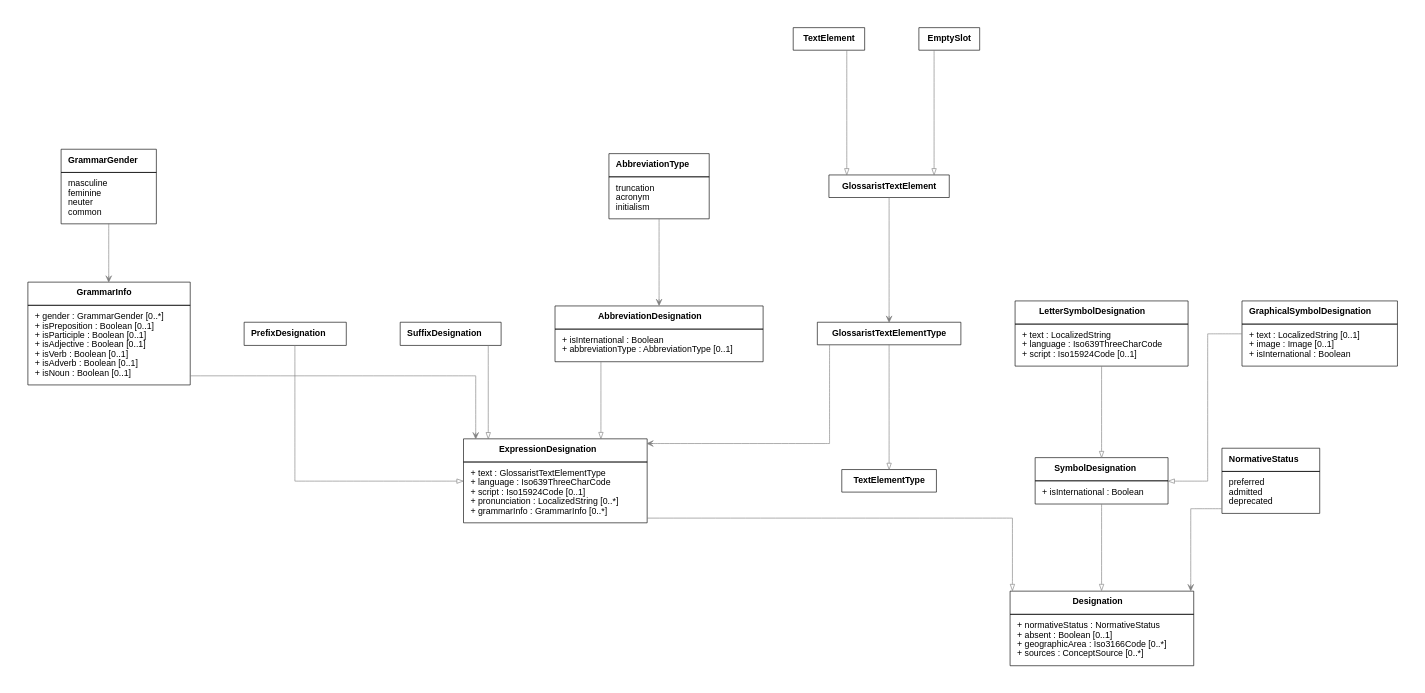
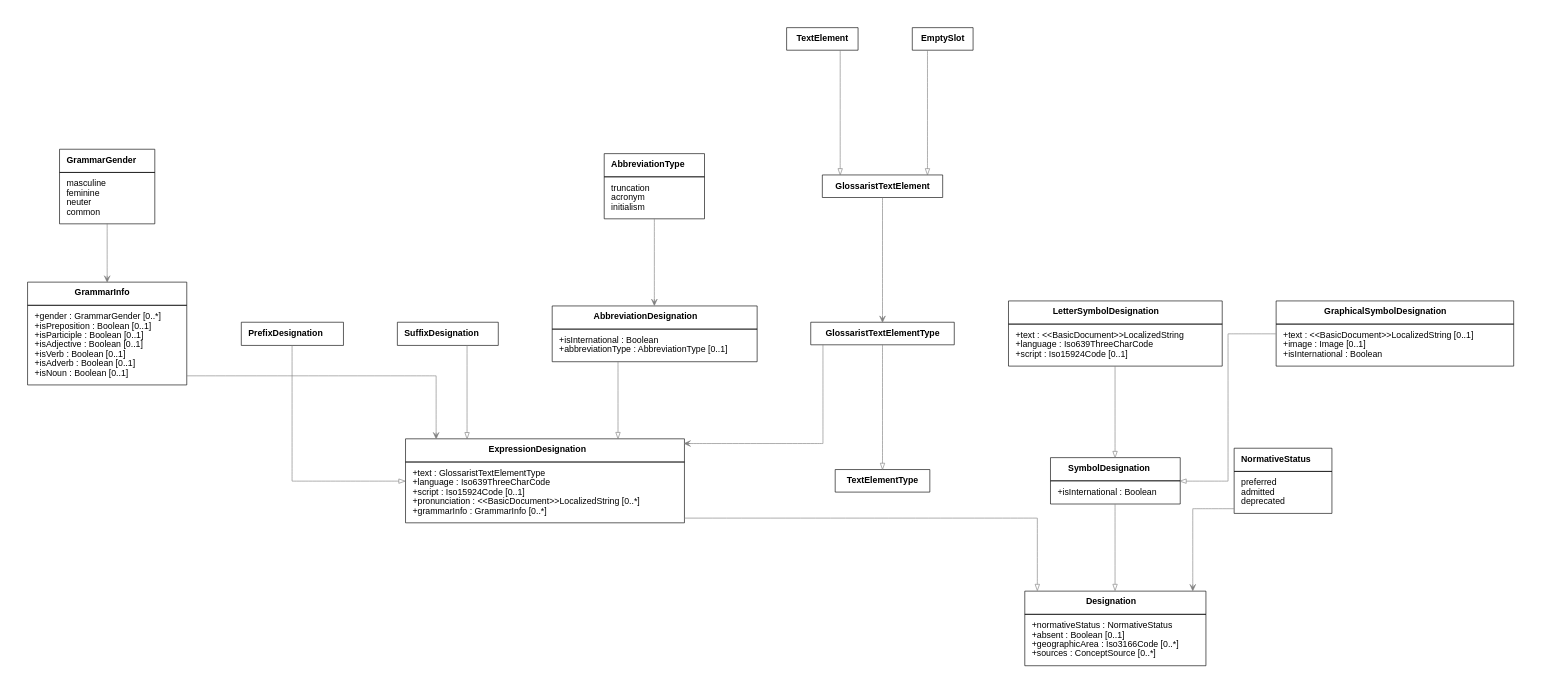
Before and after one commit to glossarist/concept-model: the diagram in lutaml/Designations.dot, drawn with Graphviz. The commit also changed 7 other files, not shown here.

```diff
--- a/lutaml/Designations.dot
+++ b/lutaml/Designations.dot
@@ -12,10 +12,10 @@
   <TR>
     <TD>
           <TABLE BORDER="0" CELLPADDING="0" CELLSPACING="0">
-            <TR><TD ALIGN="LEFT">+ normativeStatus : NormativeStatus </TD></TR>
-            <TR><TD ALIGN="LEFT">+ absent : Boolean &#91;0..1&#93;</TD></TR>
-            <TR><TD ALIGN="LEFT">+ geographicArea : Iso3166Code &#91;0..*&#93;</TD></TR>
-            <TR><TD ALIGN="LEFT">+ sources : ConceptSource &#91;0..*&#93;</TD></TR>
+            <TR><TD ALIGN="LEFT">+normativeStatus : NormativeStatus </TD></TR>
+            <TR><TD ALIGN="LEFT">+absent : Boolean &#91;0..1&#93;</TD></TR>
+            <TR><TD ALIGN="LEFT">+geographicArea : Iso3166Code &#91;0..*&#93;</TD></TR>
+            <TR><TD ALIGN="LEFT">+sources : ConceptSource &#91;0..*&#93;</TD></TR>
           </TABLE>
         </TD>
   </TR>
@@ -32,11 +32,11 @@
   <TR>
     <TD>
           <TABLE BORDER="0" CELLPADDING="0" CELLSPACING="0">
-            <TR><TD ALIGN="LEFT">+ text : GlossaristTextElementType </TD></TR>
-            <TR><TD ALIGN="LEFT">+ language : Iso639ThreeCharCode </TD></TR>
-            <TR><TD ALIGN="LEFT">+ script : Iso15924Code &#91;0..1&#93;</TD></TR>
-            <TR><TD ALIGN="LEFT">+ pronunciation : LocalizedString &#91;0..*&#93;</TD></TR>
-            <TR><TD ALIGN="LEFT">+ grammarInfo : GrammarInfo &#91;0..*&#93;</TD></TR>
+            <TR><TD ALIGN="LEFT">+text : GlossaristTextElementType </TD></TR>
+            <TR><TD ALIGN="LEFT">+language : Iso639ThreeCharCode </TD></TR>
+            <TR><TD ALIGN="LEFT">+script : Iso15924Code &#91;0..1&#93;</TD></TR>
+            <TR><TD ALIGN="LEFT">+pronunciation : &#60;&#60;BasicDocument&#62;&#62;LocalizedString &#91;0..*&#93;</TD></TR>
+            <TR><TD ALIGN="LEFT">+grammarInfo : GrammarInfo &#91;0..*&#93;</TD></TR>
           </TABLE>
         </TD>
   </TR>
@@ -53,13 +53,13 @@
   <TR>
     <TD>
           <TABLE BORDER="0" CELLPADDING="0" CELLSPACING="0">
-            <TR><TD ALIGN="LEFT">+ gender : GrammarGender &#91;0..*&#93;</TD></TR>
-            <TR><TD ALIGN="LEFT">+ isPreposition : Boolean &#91;0..1&#93;</TD></TR>
-            <TR><TD ALIGN="LEFT">+ isParticiple : Boolean &#91;0..1&#93;</TD></TR>
-            <TR><TD ALIGN="LEFT">+ isAdjective : Boolean &#91;0..1&#93;</TD></TR>
-            <TR><TD ALIGN="LEFT">+ isVerb : Boolean &#91;0..1&#93;</TD></TR>
-            <TR><TD ALIGN="LEFT">+ isAdverb : Boolean &#91;0..1&#93;</TD></TR>
-            <TR><TD ALIGN="LEFT">+ isNoun : Boolean &#91;0..1&#93;</TD></TR>
+            <TR><TD ALIGN="LEFT">+gender : GrammarGender &#91;0..*&#93;</TD></TR>
+            <TR><TD ALIGN="LEFT">+isPreposition : Boolean &#91;0..1&#93;</TD></TR>
+            <TR><TD ALIGN="LEFT">+isParticiple : Boolean &#91;0..1&#93;</TD></TR>
+            <TR><TD ALIGN="LEFT">+isAdjective : Boolean &#91;0..1&#93;</TD></TR>
+            <TR><TD ALIGN="LEFT">+isVerb : Boolean &#91;0..1&#93;</TD></TR>
+            <TR><TD ALIGN="LEFT">+isAdverb : Boolean &#91;0..1&#93;</TD></TR>
+            <TR><TD ALIGN="LEFT">+isNoun : Boolean &#91;0..1&#93;</TD></TR>
           </TABLE>
         </TD>
   </TR>
@@ -76,7 +76,7 @@
   <TR>
     <TD>
           <TABLE BORDER="0" CELLPADDING="0" CELLSPACING="0">
-            <TR><TD ALIGN="LEFT">+ isInternational : Boolean </TD></TR>
+            <TR><TD ALIGN="LEFT">+isInternational : Boolean </TD></TR>
           </TABLE>
         </TD>
   </TR>
@@ -111,8 +111,8 @@
   <TR>
     <TD>
           <TABLE BORDER="0" CELLPADDING="0" CELLSPACING="0">
-            <TR><TD ALIGN="LEFT">+ isInternational : Boolean </TD></TR>
-            <TR><TD ALIGN="LEFT">+ abbreviationType : AbbreviationType &#91;0..1&#93;</TD></TR>
+            <TR><TD ALIGN="LEFT">+isInternational : Boolean </TD></TR>
+            <TR><TD ALIGN="LEFT">+abbreviationType : AbbreviationType &#91;0..1&#93;</TD></TR>
           </TABLE>
         </TD>
   </TR>
@@ -129,9 +129,9 @@
   <TR>
     <TD>
           <TABLE BORDER="0" CELLPADDING="0" CELLSPACING="0">
-            <TR><TD ALIGN="LEFT">+ text : LocalizedString </TD></TR>
-            <TR><TD ALIGN="LEFT">+ language : Iso639ThreeCharCode </TD></TR>
-            <TR><TD ALIGN="LEFT">+ script : Iso15924Code &#91;0..1&#93;</TD></TR>
+            <TR><TD ALIGN="LEFT">+text : &#60;&#60;BasicDocument&#62;&#62;LocalizedString </TD></TR>
+            <TR><TD ALIGN="LEFT">+language : Iso639ThreeCharCode </TD></TR>
+            <TR><TD ALIGN="LEFT">+script : Iso15924Code &#91;0..1&#93;</TD></TR>
           </TABLE>
         </TD>
   </TR>
@@ -148,9 +148,9 @@
   <TR>
     <TD>
           <TABLE BORDER="0" CELLPADDING="0" CELLSPACING="0">
-            <TR><TD ALIGN="LEFT">+ text : LocalizedString &#91;0..1&#93;</TD></TR>
-            <TR><TD ALIGN="LEFT">+ image : Image &#91;0..1&#93;</TD></TR>
-            <TR><TD ALIGN="LEFT">+ isInternational : Boolean </TD></TR>
+            <TR><TD ALIGN="LEFT">+text : &#60;&#60;BasicDocument&#62;&#62;LocalizedString &#91;0..1&#93;</TD></TR>
+            <TR><TD ALIGN="LEFT">+image : Image &#91;0..1&#93;</TD></TR>
+            <TR><TD ALIGN="LEFT">+isInternational : Boolean </TD></TR>
           </TABLE>
         </TD>
   </TR>
@@ -167,9 +167,9 @@
   <TR>
     <TD>
           <TABLE BORDER="0" CELLPADDING="0" CELLSPACING="0">
-            <TR><TD ALIGN="LEFT"> preferred</TD></TR>
-            <TR><TD ALIGN="LEFT"> admitted</TD></TR>
-            <TR><TD ALIGN="LEFT"> deprecated</TD></TR>
+            <TR><TD ALIGN="LEFT">preferred</TD></TR>
+            <TR><TD ALIGN="LEFT">admitted</TD></TR>
+            <TR><TD ALIGN="LEFT">deprecated</TD></TR>
           </TABLE>
         </TD>
   </TR>
@@ -186,9 +186,9 @@
   <TR>
     <TD>
           <TABLE BORDER="0" CELLPADDING="0" CELLSPACING="0">
-            <TR><TD ALIGN="LEFT"> truncation</TD></TR>
-            <TR><TD ALIGN="LEFT"> acronym</TD></TR>
-            <TR><TD ALIGN="LEFT"> initialism</TD></TR>
+            <TR><TD ALIGN="LEFT">truncation</TD></TR>
+            <TR><TD ALIGN="LEFT">acronym</TD></TR>
+            <TR><TD ALIGN="LEFT">initialism</TD></TR>
           </TABLE>
         </TD>
   </TR>
@@ -205,10 +205,10 @@
   <TR>
     <TD>
           <TABLE BORDER="0" CELLPADDING="0" CELLSPACING="0">
-            <TR><TD ALIGN="LEFT"> masculine</TD></TR>
-            <TR><TD ALIGN="LEFT"> feminine</TD></TR>
-            <TR><TD ALIGN="LEFT"> neuter</TD></TR>
-            <TR><TD ALIGN="LEFT"> common</TD></TR>
+            <TR><TD ALIGN="LEFT">masculine</TD></TR>
+            <TR><TD ALIGN="LEFT">feminine</TD></TR>
+            <TR><TD ALIGN="LEFT">neuter</TD></TR>
+            <TR><TD ALIGN="LEFT">common</TD></TR>
           </TABLE>
         </TD>
   </TR>
```
